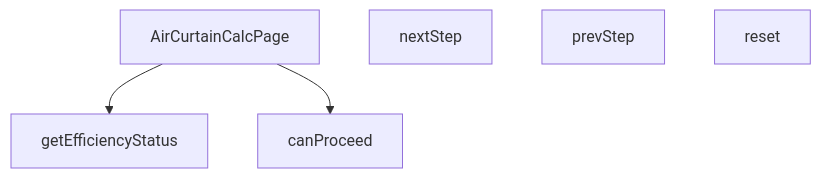
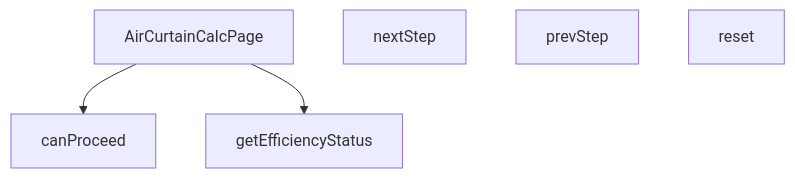
One commit to peckop/venthub-hvac-esite changed the diagram in src/views/calculators/AirCurtainCalcPage.md. Above: the diagram before and after it, drawn with Mermaid. The commit also changed other lines of this file and 7 other files, not shown here.

````diff
--- a/src/views/calculators/AirCurtainCalcPage.md
+++ b/src/views/calculators/AirCurtainCalcPage.md
@@ -217,11 +188,11 @@
 ```mermaid
 graph TD
     AirCurtainCalcPage_tsx__AirCurtainCalcPage["AirCurtainCalcPage"]
     AirCurtainCalcPage_tsx__canProceed["canProceed"]
     AirCurtainCalcPage_tsx__getEfficiencyStatus["getEfficiencyStatus"]
     AirCurtainCalcPage_tsx__nextStep["nextStep"]
     AirCurtainCalcPage_tsx__prevStep["prevStep"]
     AirCurtainCalcPage_tsx__reset["reset"]
+    AirCurtainCalcPage_tsx__AirCurtainCalcPage --> AirCurtainCalcPage_tsx__canProceed
     AirCurtainCalcPage_tsx__AirCurtainCalcPage --> AirCurtainCalcPage_tsx__getEfficiencyStatus
-    AirCurtainCalcPage_tsx__AirCurtainCalcPage --> AirCurtainCalcPage_tsx__canProceed
 ```
````
